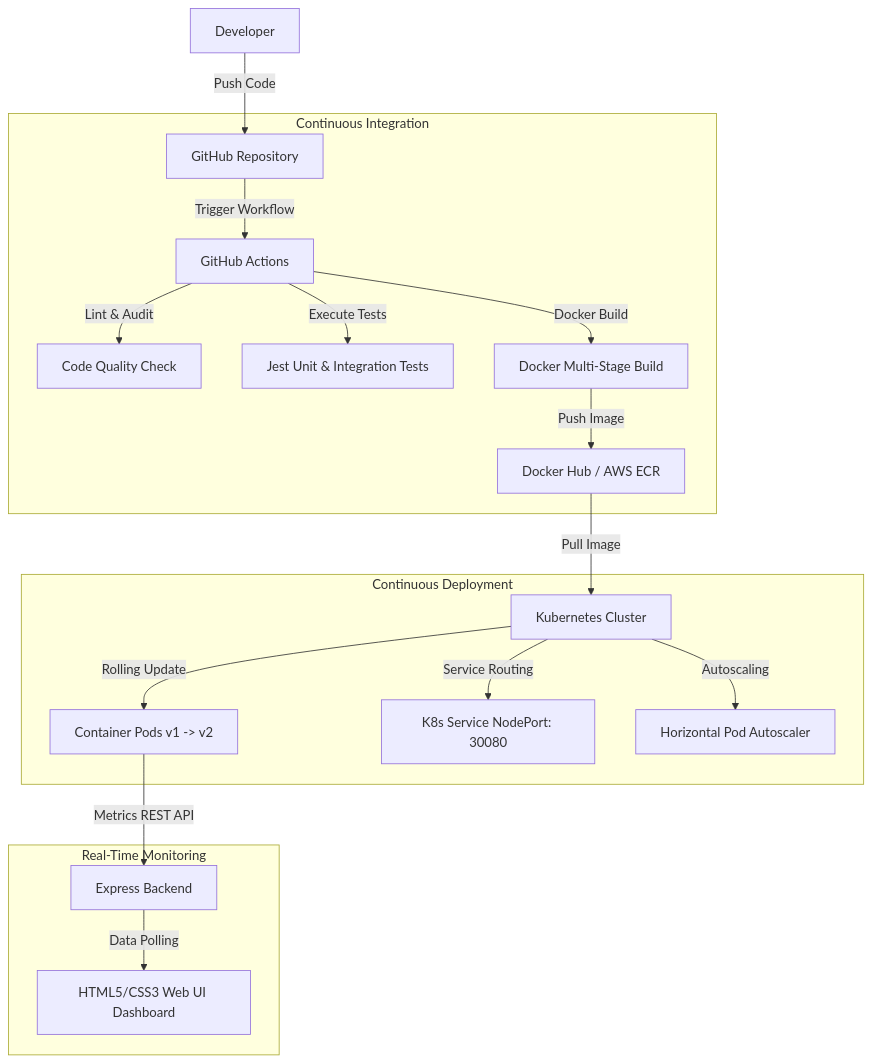
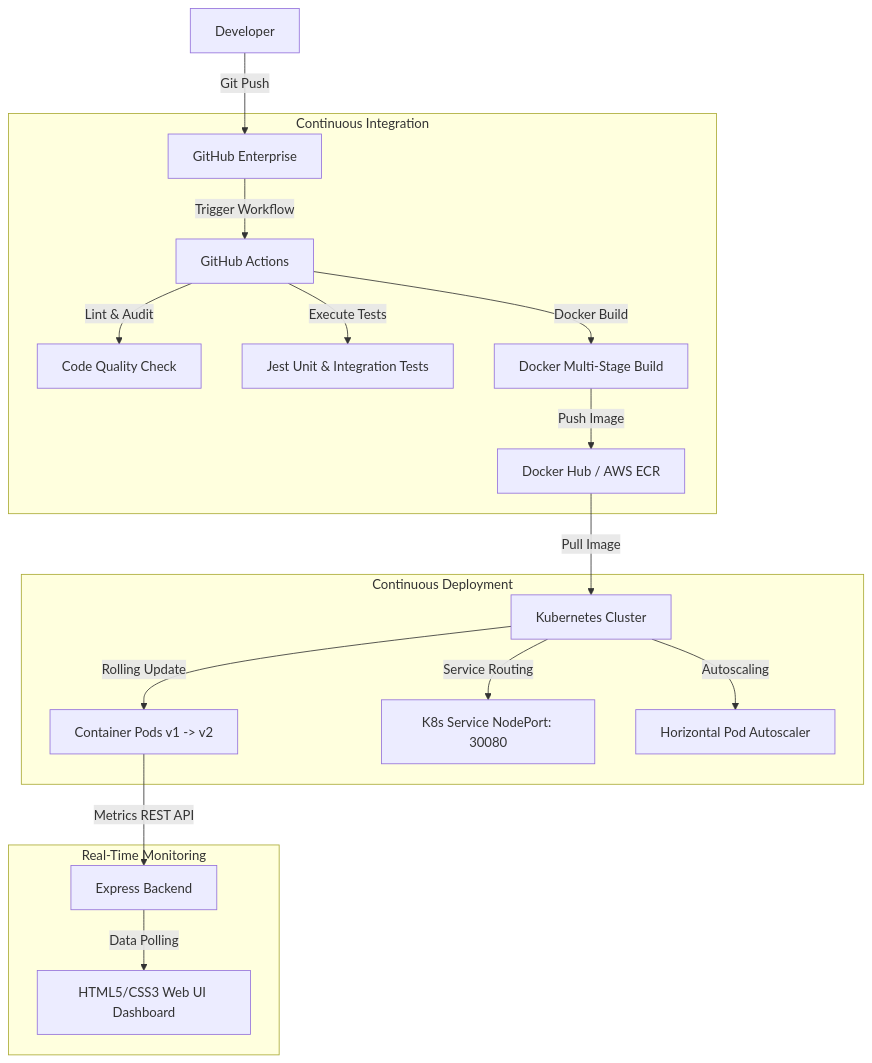
The diagram in README.md (vartexx/devops-cloud-cicd-pipeline), drawn with Mermaid before and after one commit. The commit also changed other lines of this file, not shown here.

Commit message:
docs: expand README with architecture specs, badges, and API documentation

````diff
--- a/README.md
+++ b/README.md
@@ -25,24 +32,24 @@
 ```mermaid
 graph TD
-    Developer[Developer] -->|Push Code| GitHub[GitHub Repository]
+    Developer[Developer] -->|Git Push| GitHub[GitHub Enterprise]
     
     subgraph CI_Stage [Continuous Integration]
         GitHub -->|Trigger Workflow| GHA[GitHub Actions]
         GHA -->|Lint & Audit| Quality[Code Quality Check]
         GHA -->|Execute Tests| Tests[Jest Unit & Integration Tests]
         GHA -->|Docker Build| Docker[Docker Multi-Stage Build]
         Docker -->|Push Image| Registry[Docker Hub / AWS ECR]
     end
     
     subgraph CD_Stage [Continuous Deployment]
         Registry -->|Pull Image| K8s[Kubernetes Cluster]
         K8s -->|Rolling Update| Pods[Container Pods v1 -> v2]
         K8s -->|Service Routing| Service[K8s Service NodePort: 30080]
         K8s -->|Autoscaling| HPA[Horizontal Pod Autoscaler]
     end
 
     subgraph Observability [Real-Time Monitoring]
         Pods -->|Metrics REST API| DashboardApp[Express Backend]
         DashboardApp -->|Data Polling| UI[HTML5/CSS3 Web UI Dashboard]
     end
 ```
````
